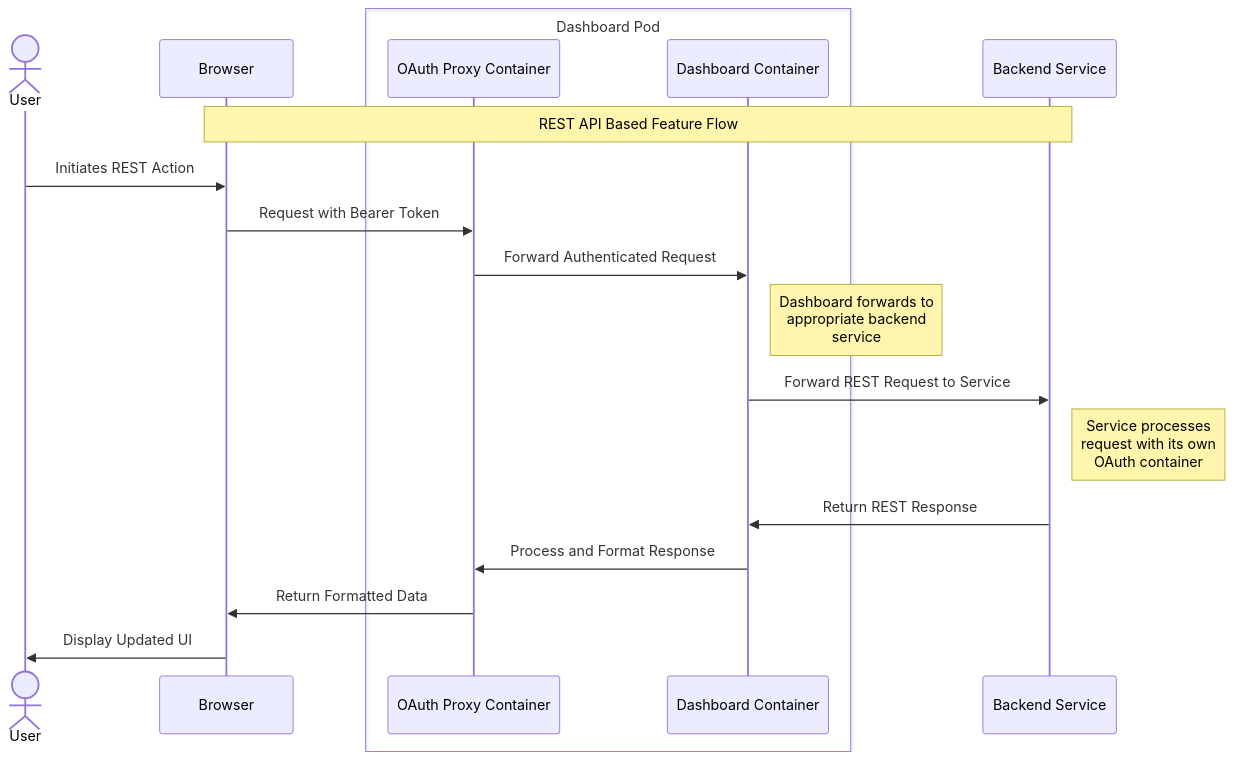
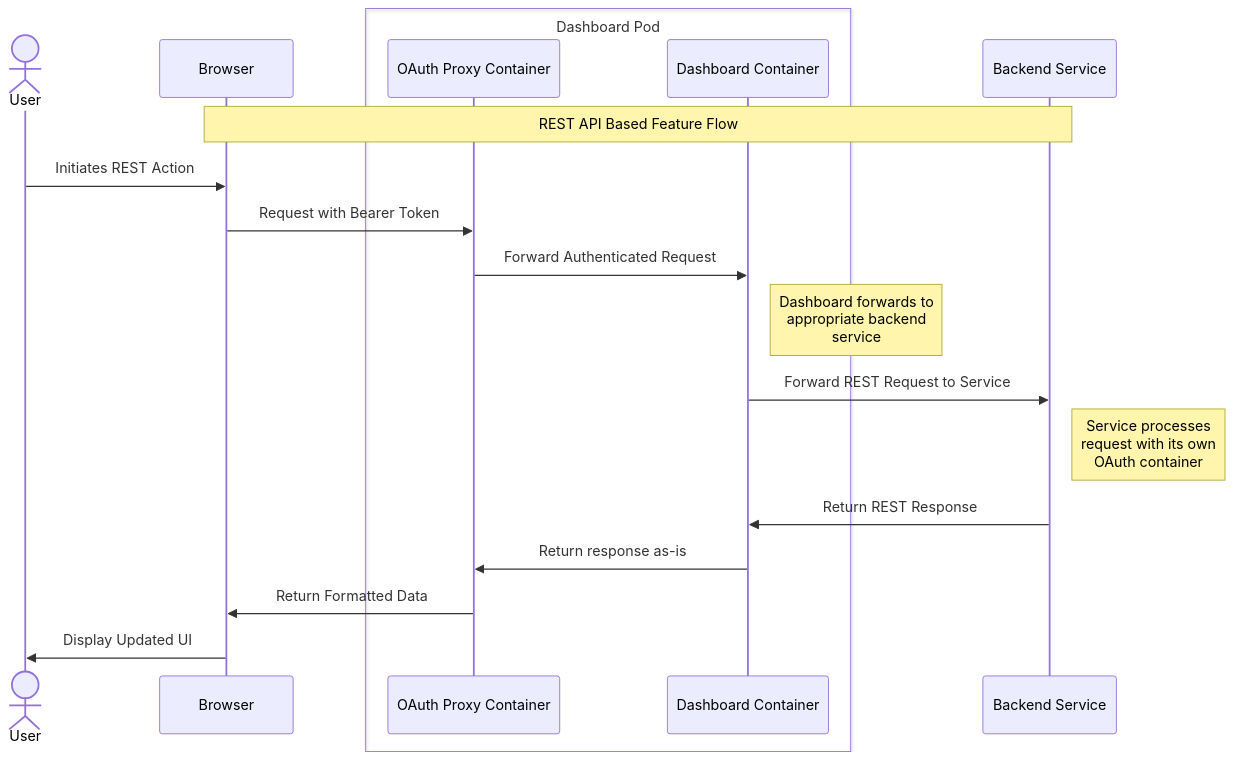
The fourth of 4 diagrams in documentation/components/dashboard/README.md (opendatahub-io/architecture-decision-records), drawn with Mermaid before and after one commit.

````diff
--- a/documentation/components/dashboard/README.md
+++ b/documentation/components/dashboard/README.md
@@ -122,25 +122,25 @@
 ```mermaid
 sequenceDiagram
     actor User
     participant Browser
     box Dashboard Pod
     participant OAuthProxy as OAuth Proxy Container
     participant Dashboard as Dashboard Container
     end
     participant Service as Backend Service
     
     Note over Browser,Service: REST API Based Feature Flow
     
     User->>Browser: Initiates REST Action
     Browser->>OAuthProxy: Request with Bearer Token
     OAuthProxy->>Dashboard: Forward Authenticated Request
     
     Note right of Dashboard: Dashboard forwards to<br/>appropriate backend<br/>service
     
     Dashboard->>Service: Forward REST Request to Service
     Note right of Service: Service processes<br/>request with its own<br/>OAuth container
     Service->>Dashboard: Return REST Response
-    Dashboard->>OAuthProxy: Process and Format Response
+    Dashboard->>OAuthProxy: Return response as-is
     OAuthProxy->>Browser: Return Formatted Data
     Browser->>User: Display Updated UI
 ```
````
